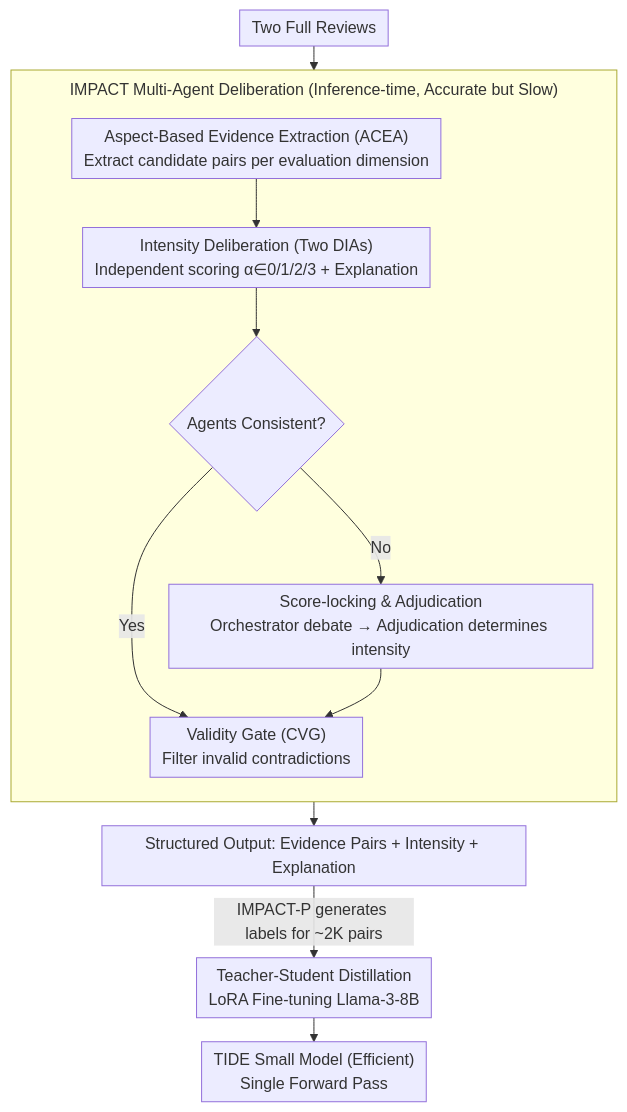
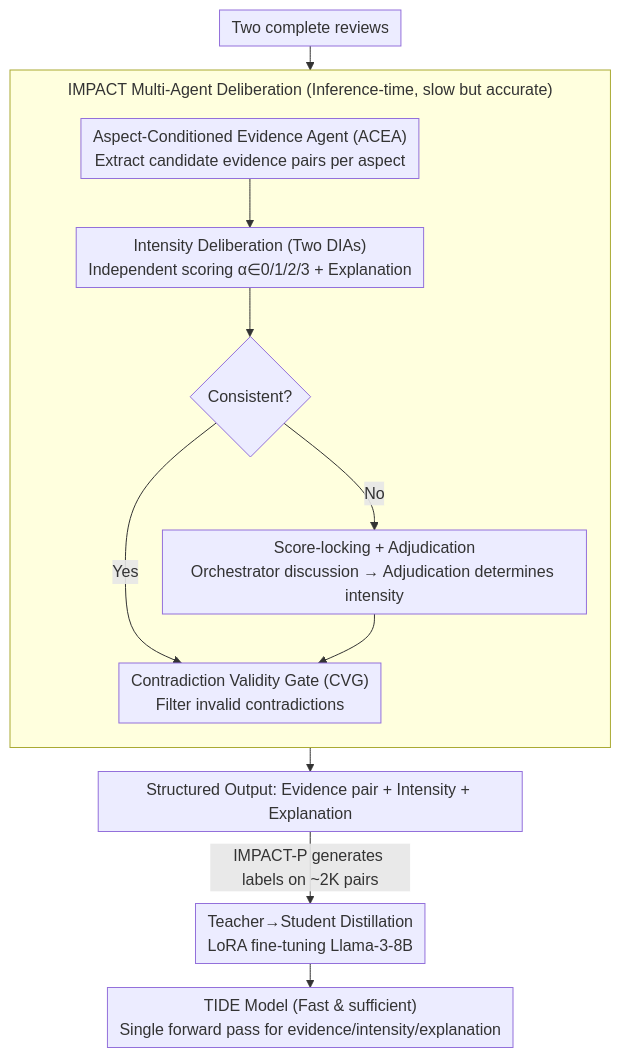
Before and after one commit to zhaoyang97/Paper-Notes-en: the diagram in docs/ACL2026/model_compression/when_reviews_disagree_fine-grained_contradiction_analysis_in_scientific_peer_rev.md, drawn with Mermaid. The commit also changed other lines of this file and 5084 other files, not shown here.

````diff
--- a/docs/ACL2026/model_compression/when_reviews_disagree_fine-grained_contradiction_analysis_in_scientific_peer_rev.md
+++ b/docs/ACL2026/model_compression/when_reviews_disagree_fine-grained_contradiction_analysis_in_scientific_peer_rev.md
@@ -46,20 +46,20 @@
 ```mermaid
 %%{init: {'flowchart': {'rankSpacing': 24, 'nodeSpacing': 28, 'padding': 6, 'wrappingWidth': 400, 'subGraphTitleMargin': {'top': 8, 'bottom': 16}}}}%%
 flowchart TD
-    IN["Two Full Reviews"]
-    subgraph IMPACT["IMPACT Multi-Agent Deliberation (Inference-time, Accurate but Slow)"]
+    IN["Two complete reviews"]
+    subgraph IMPACT["IMPACT Multi-Agent Deliberation (Inference-time, slow but accurate)"]
         direction TB
-        ACEA["Aspect-Based Evidence Extraction (ACEA)<br/>Extract candidate pairs per evaluation dimension"]
+        ACEA["Aspect-Conditioned Evidence Agent (ACEA)<br/>Extract candidate evidence pairs per aspect"]
         DIA["Intensity Deliberation (Two DIAs)<br/>Independent scoring α∈0/1/2/3 + Explanation"]
-        DEC{"Agents Consistent?"}
-        ADJ["Score-locking & Adjudication<br/>Orchestrator debate → Adjudication determines intensity"]
-        CVG["Validity Gate (CVG)<br/>Filter invalid contradictions"]
+        DEC{"Consistent?"}
+        ADJ["Score-locking + Adjudication<br/>Orchestrator discussion → Adjudication determines intensity"]
+        CVG["Contradiction Validity Gate (CVG)<br/>Filter invalid contradictions"]
         ACEA --> DIA --> DEC
         DEC -->|Yes| CVG
         DEC -->|No| ADJ --> CVG
     end
     IN --> ACEA
-    CVG --> OUT["Structured Output: Evidence Pairs + Intensity + Explanation"]
-    OUT -->|IMPACT-P generates labels for ~2K pairs| DIS["Teacher-Student Distillation<br/>LoRA Fine-tuning Llama-3-8B"]
-    DIS --> TIDE["TIDE Small Model (Efficient)<br/>Single Forward Pass"]
+    CVG --> OUT["Structured Output: Evidence pair + Intensity + Explanation"]
+    OUT -->|IMPACT-P generates labels on ~2K pairs| DIS["Teacher→Student Distillation<br/>LoRA fine-tuning Llama-3-8B"]
+    DIS --> TIDE["TIDE Model (Fast & sufficient)<br/>Single forward pass for evidence/intensity/explanation"]
 ```
````
